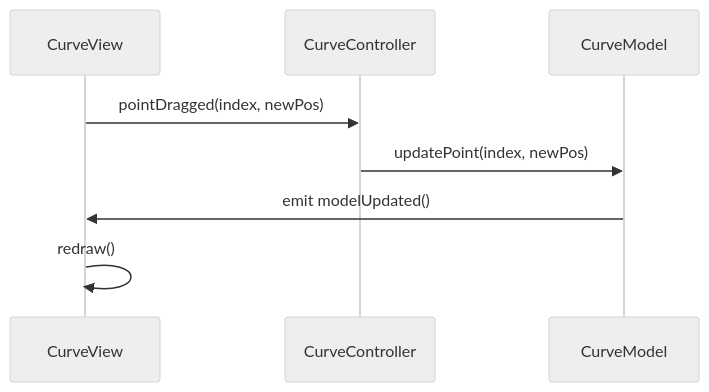
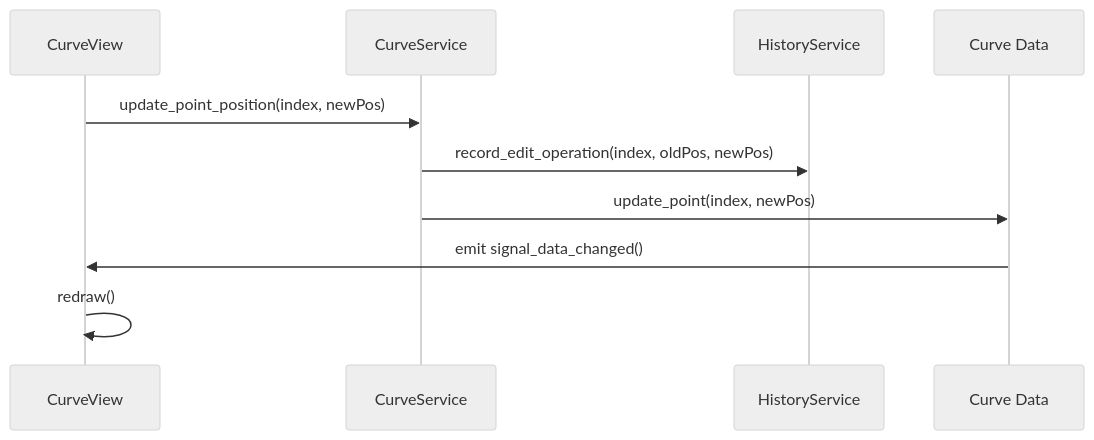
Before and after one commit to semmlerino/CurveEditor: the third of 4 diagrams in docs/architecture.md, drawn with Mermaid (neutral theme). The commit also changed other lines of this file and 24 other files, not shown here.

````diff
--- a/docs/architecture.md
+++ b/docs/architecture.md
@@ -70,10 +94,12 @@
 ```mermaid
 sequenceDiagram
     participant CV as CurveView
-    participant Ctrl as CurveController
-    participant CM as CurveModel
-    CV->>Ctrl: pointDragged(index, newPos)
-    Ctrl->>CM: updatePoint(index, newPos)
-    CM->>CV: emit modelUpdated()
+    participant CS as CurveService
+    participant HS as HistoryService
+    participant Data as Curve Data
+    CV->>CS: update_point_position(index, newPos)
+    CS->>HS: record_edit_operation(index, oldPos, newPos)
+    CS->>Data: update_point(index, newPos)
+    Data->>CV: emit signal_data_changed()
     CV->>CV: redraw()
 ```
````
